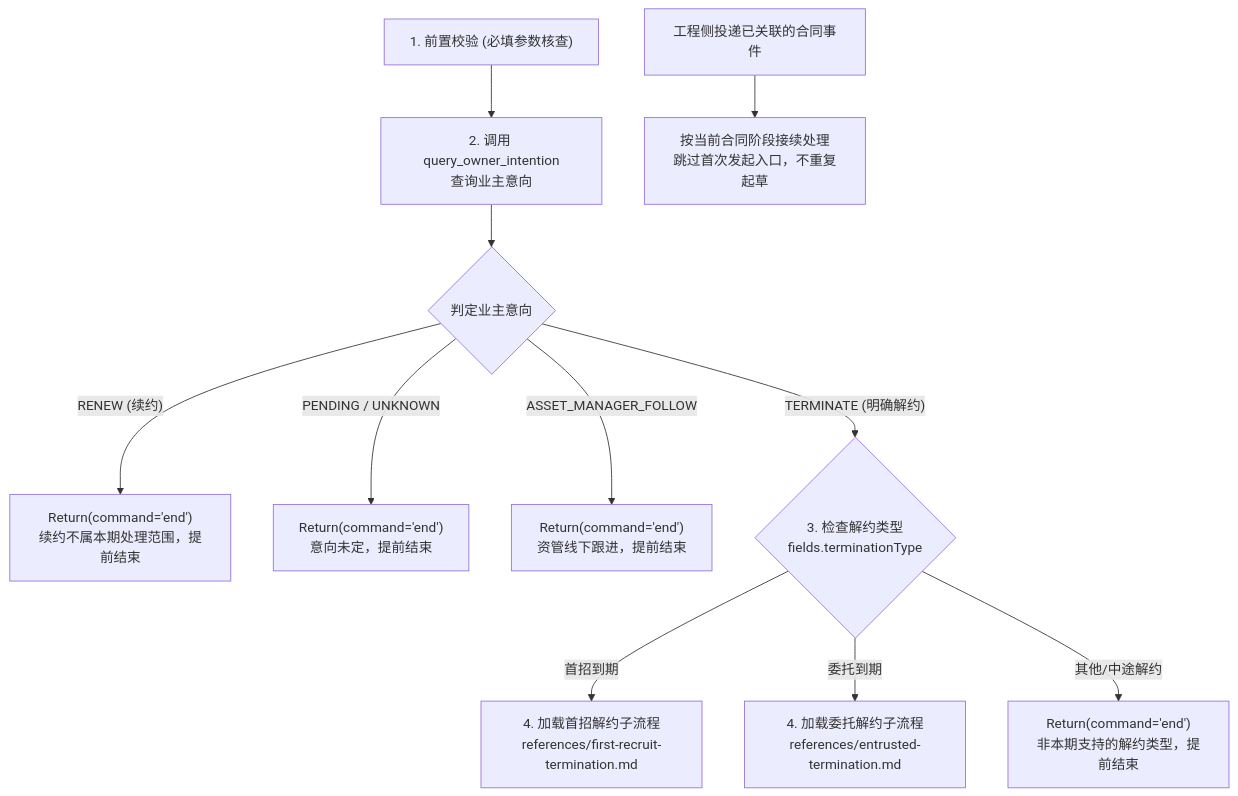
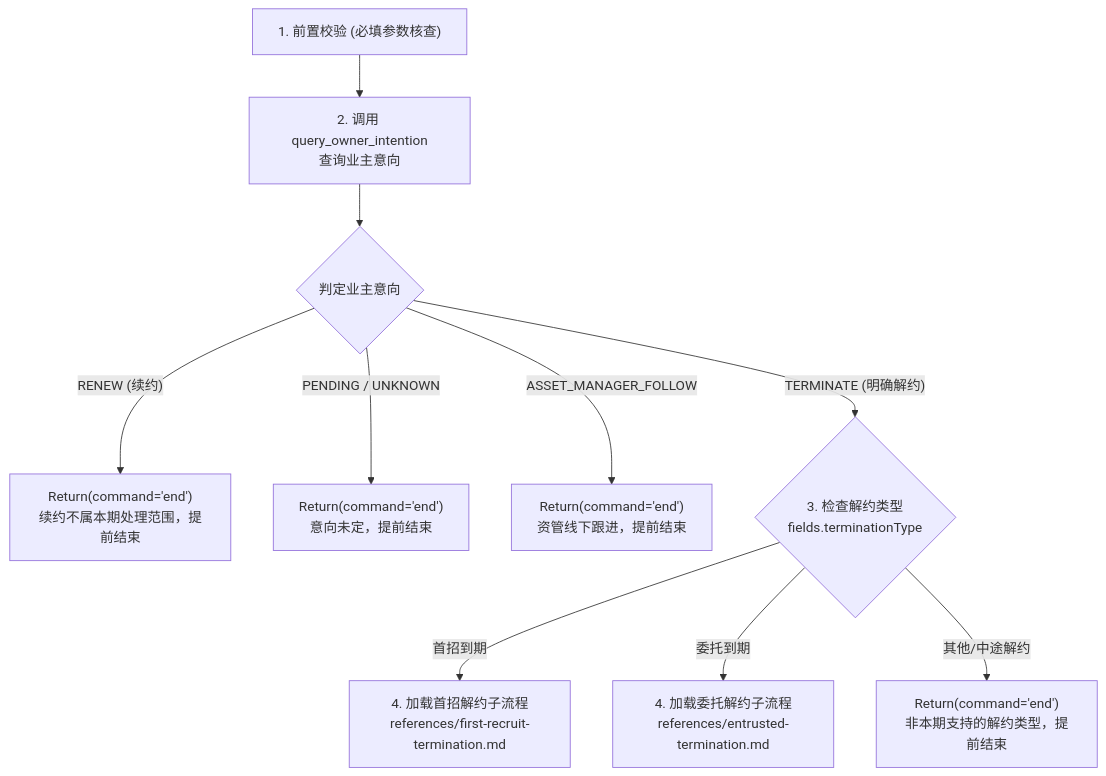
The diagram in skill/SKILL.md (edisonLzy/sss-agent), drawn with Mermaid before and after one commit. The commit also changed other lines of this file and 5 other files, not shown here.

````diff
--- a/skill/SKILL.md
+++ b/skill/SKILL.md
@@ -67,16 +67,14 @@
 ```mermaid
 flowchart TD
     Start["1. 前置校验 (必填参数核查)"] --> IntentionCheck["2. 调用 query_owner_intention<br/>查询业主意向"]
     IntentionCheck --> BranchIntent{"判定业主意向"}
     
     BranchIntent -->|"RENEW (续约)"| EndRenew["Return(command='end')<br/>续约不属本期处理范围，提前结束"]
     BranchIntent -->|"PENDING / UNKNOWN"| EndPending["Return(command='end')<br/>意向未定，提前结束"]
     BranchIntent -->|"ASSET_MANAGER_FOLLOW"| EndAM["Return(command='end')<br/>资管线下跟进，提前结束"]
     BranchIntent -->|"TERMINATE (明确解约)"| TypeCheck{"3. 检查解约类型<br/>fields.terminationType"}
     
     TypeCheck -->|"首招到期"| LoadFirstRecruit["4. 加载首招解约子流程<br/>references/first-recruit-termination.md"]
     TypeCheck -->|"委托到期"| LoadEntrusted["4. 加载委托解约子流程<br/>references/entrusted-termination.md"]
     TypeCheck -->|"其他/中途解约"| EndUnsupported["Return(command='end')<br/>非本期支持的解约类型，提前结束"]
-
-    ContractEvent["工程侧投递已关联的合同事件"] --> ContinueStage["按当前合同阶段接续处理<br/>跳过首次发起入口，不重复起草"]
 ```
````
